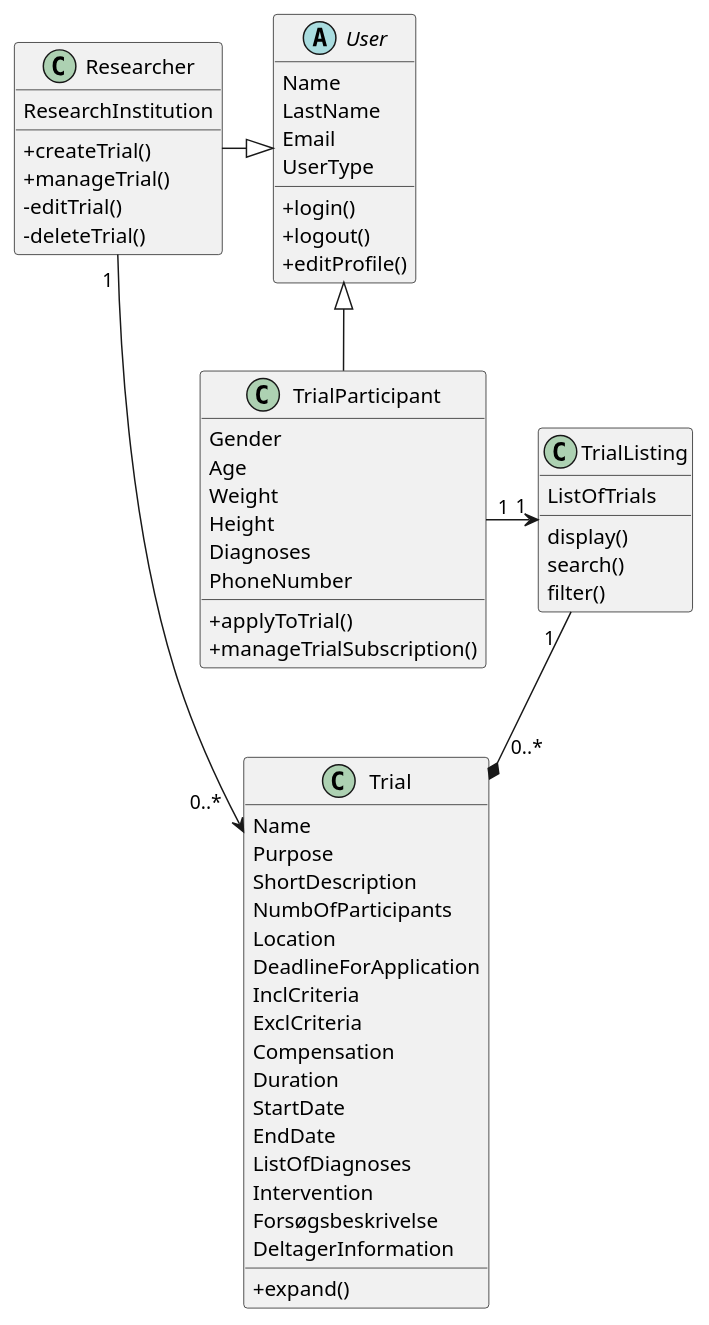
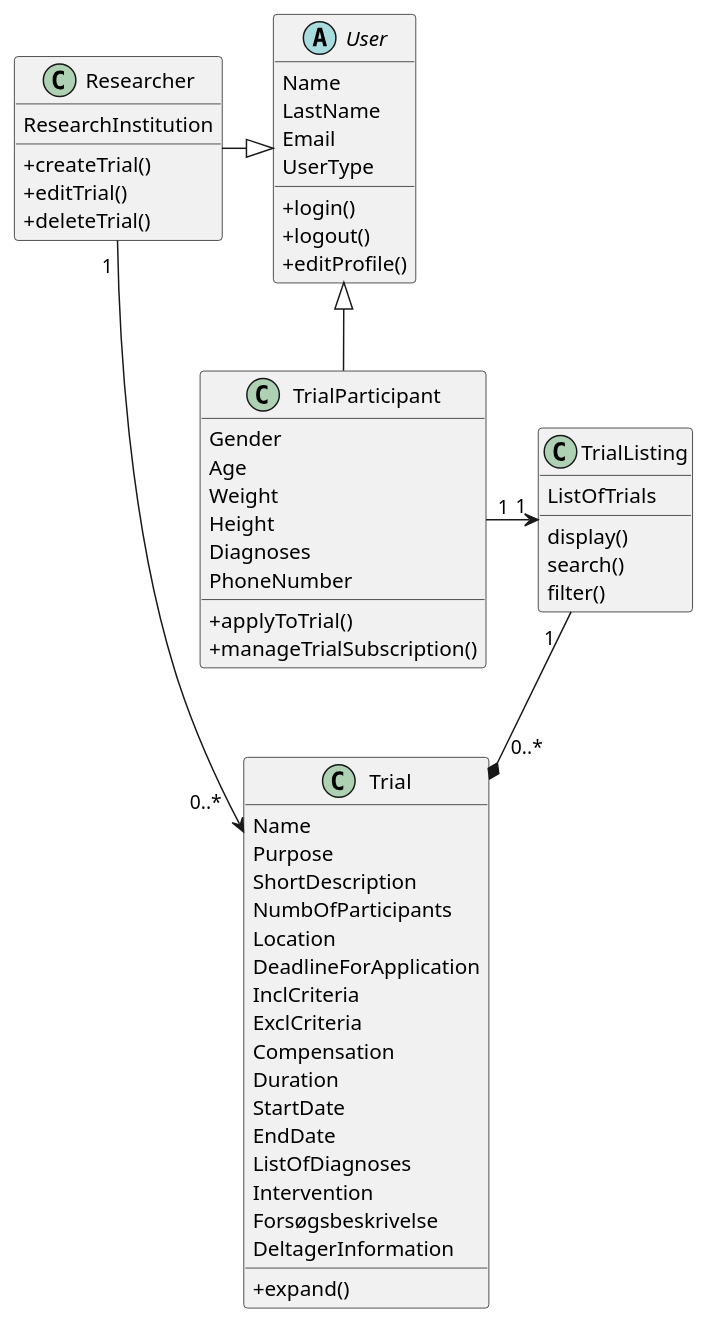
The diagram in PB1ProbeApplication/UML/ClassDiagram.puml (MarkBidstrup/PB1), drawn with PlantUML before and after one commit.

Commit message:
edit in class diagram

```diff
--- a/PB1ProbeApplication/UML/ClassDiagram.puml
+++ b/PB1ProbeApplication/UML/ClassDiagram.puml
@@ -1,73 +1,72 @@
 @startuml
 'https://plantuml.com/class-diagram
 
 skinparam classAttributeIconSize 0
 
 abstract class User {
     Name
     LastName
     Email
     UserType
 
     +login()
     +logout()
     +editProfile()
 }
 
 class TrialParticipant {
     Gender
     Age
     Weight
     Height
     Diagnoses
     PhoneNumber
 
     +applyToTrial()
     +manageTrialSubscription()
 }
 
 class Researcher {
     ResearchInstitution
 
     +createTrial()
-    +manageTrial()
-    -editTrial()
-    -deleteTrial()
+    +editTrial()
+    +deleteTrial()
 }
 
 class Trial {
     Name
     Purpose
     ShortDescription
     NumbOfParticipants
     Location
     DeadlineForApplication
     InclCriteria
     ExclCriteria
     Compensation
     Duration
     StartDate
     EndDate
     ListOfDiagnoses
     Intervention
     Forsøgsbeskrivelse
     DeltagerInformation
 
     +expand()
 }
 
 class TrialListing {
     ListOfTrials
 
     display()
     search()
     filter()
 }
 
 User <|-- TrialParticipant
 Researcher -|> User
 Researcher "1 " --> "0..*  " Trial
 TrialParticipant "1" -> "1" TrialListing
 TrialListing "1  " --* "  0..* " Trial
 
 @enduml
```
